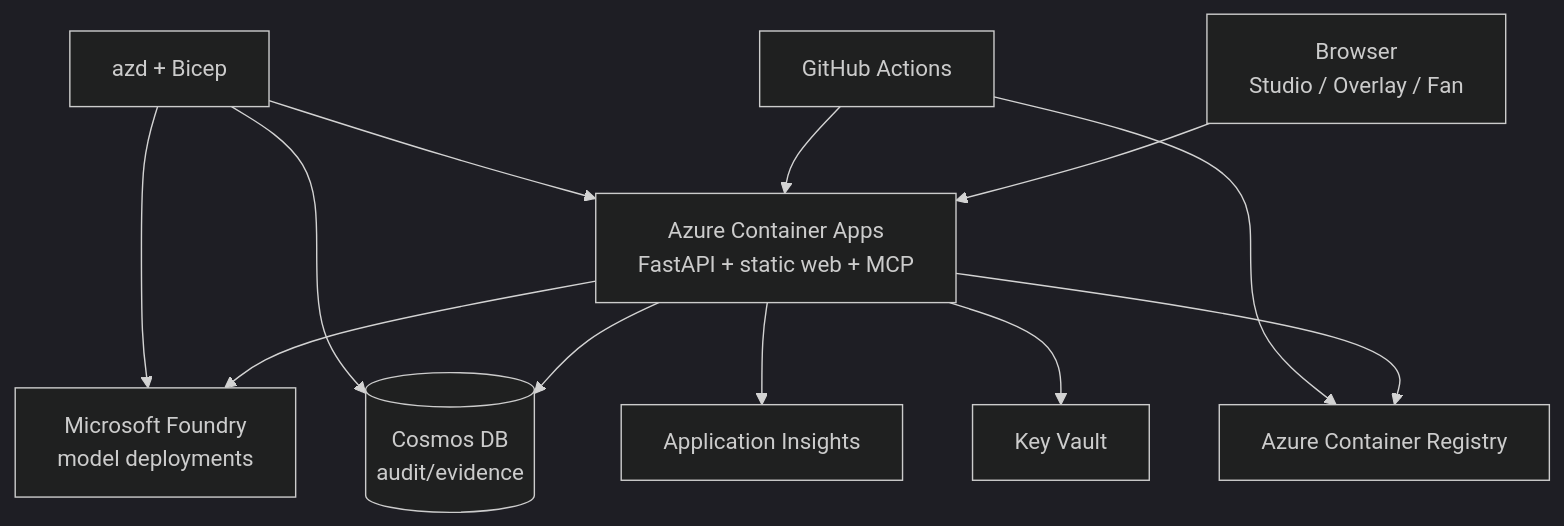
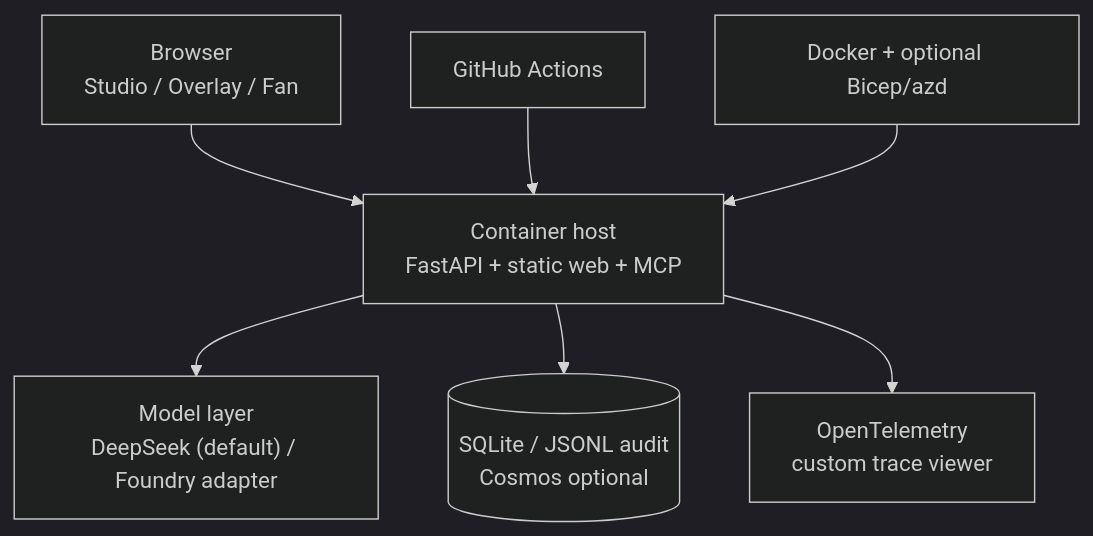
The second of 3 diagrams in PLAN.md (ZCWarren/matchmind), drawn with Mermaid (dark theme) before and after one commit. The commit also changed other lines of this file and 14 other files, not shown here.

Commit message:
feat: add DeepSeek/Agent Framework D0 scaffold and execution plan

````diff
--- a/PLAN.md
+++ b/PLAN.md
@@ -351,14 +352,9 @@
 ```mermaid
 flowchart TD
-  U["Browser<br/>Studio / Overlay / Fan"] --> CA["Azure Container Apps<br/>FastAPI + static web + MCP"]
-  CA --> F["Microsoft Foundry<br/>model deployments"]
-  CA --> C[("Cosmos DB<br/>audit/evidence")]
-  CA --> AI["Application Insights"]
-  CA --> KV["Key Vault"]
-  CA --> ACR["Azure Container Registry"]
-  GH["GitHub Actions"] --> ACR
-  GH --> CA
-  AZD["azd + Bicep"] --> CA
-  AZD --> F
-  AZD --> C
+  U["Browser<br/>Studio / Overlay / Fan"] --> H["Container host<br/>FastAPI + static web + MCP"]
+  H --> M["Model layer<br/>DeepSeek (default) / Foundry adapter"]
+  H --> D[("SQLite / JSONL audit<br/>Cosmos optional")]
+  H --> O["OpenTelemetry<br/>custom trace viewer"]
+  CI["GitHub Actions"] --> H
+  IAC["Docker + optional Bicep/azd"] --> H
 ```
````
